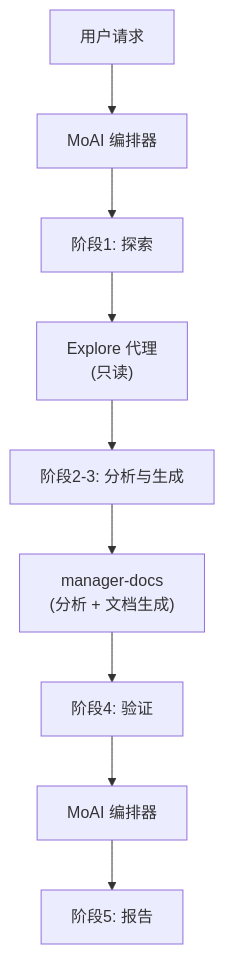
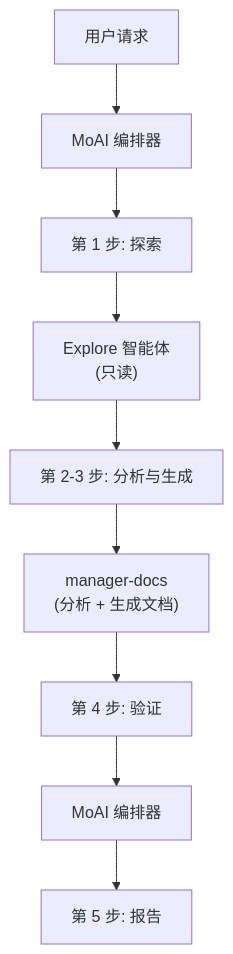
The second of 2 diagrams in docs-site/content/zh/quality-commands/moai-codemaps.md (modu-ai/moai-adk), drawn with Mermaid before and after one commit. The commit also changed other lines of this file and 395 other files, not shown here.

````diff
--- a/docs-site/content/zh/quality-commands/moai-codemaps.md
+++ b/docs-site/content/zh/quality-commands/moai-codemaps.md
@@ -182,14 +184,14 @@
 ```mermaid
 flowchart TD
     User["用户请求"] --> MoAI["MoAI 编排器"]
-    MoAI --> Phase1["阶段1: 探索"]
-    Phase1 --> Explore["Explore 代理<br/>(只读)"]
+    MoAI --> Phase1["第 1 步: 探索"]
+    Phase1 --> Explore["Explore 智能体<br/>(只读)"]
 
-    Explore --> Phase23["阶段2-3: 分析与生成"]
-    Phase23 --> Docs["manager-docs<br/>(分析 + 文档生成)"]
+    Explore --> Phase23["第 2-3 步: 分析与生成"]
+    Phase23 --> Docs["manager-docs<br/>(分析 + 生成文档)"]
 
-    Docs --> Phase4["阶段4: 验证"]
+    Docs --> Phase4["第 4 步: 验证"]
     Phase4 --> MoAI2["MoAI 编排器"]
 
-    MoAI2 --> Report["阶段5: 报告"]
+    MoAI2 --> Report["第 5 步: 报告"]
 ```
````
